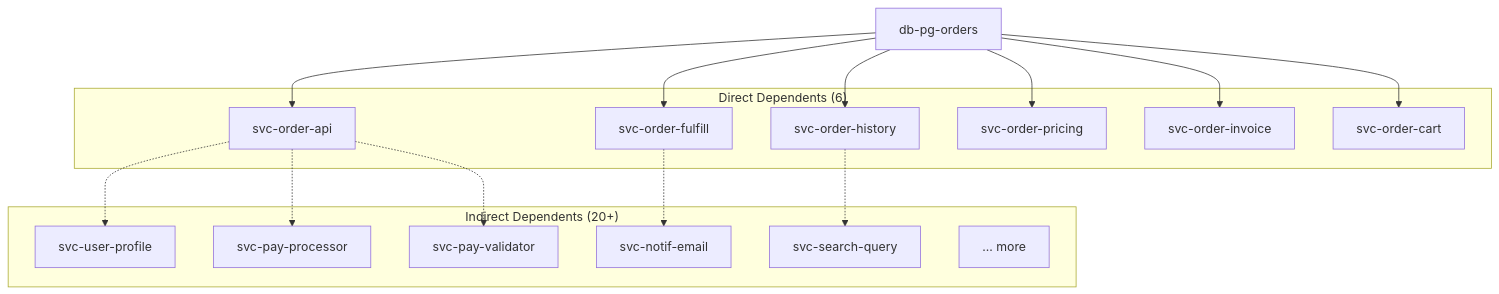
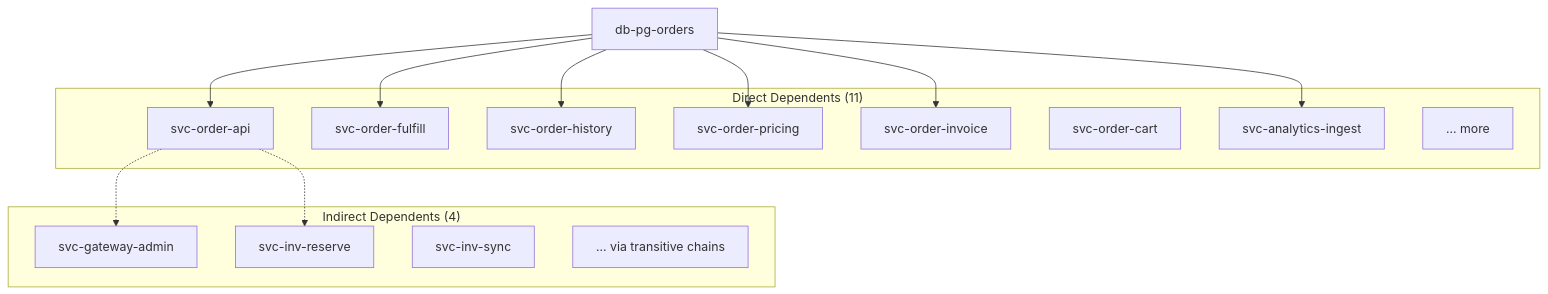
Before and after one commit to antquinonez/Hyper3: the fourth of 5 diagrams in examples/showcase/microservices_reasoning/README.md, drawn with Mermaid. The commit also changed other lines of this file and 2 other files, not shown here.

````diff
--- a/examples/showcase/microservices_reasoning/README.md
+++ b/examples/showcase/microservices_reasoning/README.md
@@ -266,35 +266,32 @@
 ```mermaid
 graph TD
     DB["db-pg-orders"]
 
-    subgraph "Direct Dependents (6)"
+    subgraph "Direct Dependents (11)"
         D1["svc-order-api"]
         D2["svc-order-fulfill"]
         D3["svc-order-history"]
         D4["svc-order-pricing"]
         D5["svc-order-invoice"]
         D6["svc-order-cart"]
+        D7["svc-analytics-ingest"]
+        D8["... more"]
     end
 
-    subgraph "Indirect Dependents (20+)"
-        I1["svc-user-profile"]
-        I2["svc-pay-processor"]
-        I3["svc-pay-validator"]
-        I4["svc-notif-email"]
-        I5["svc-search-query"]
-        I6["... more"]
+    subgraph "Indirect Dependents (4)"
+        I1["svc-gateway-admin"]
+        I2["svc-inv-reserve"]
+        I3["svc-inv-sync"]
+        I4["... via transitive chains"]
     end
 
     DB --> D1
     DB --> D2
     DB --> D3
     DB --> D4
     DB --> D5
-    DB --> D6
+    DB --> D7
 
     D1 -.-> I1
     D1 -.-> I2
-    D1 -.-> I3
-    D2 -.-> I4
-    D3 -.-> I5
 ```
````
